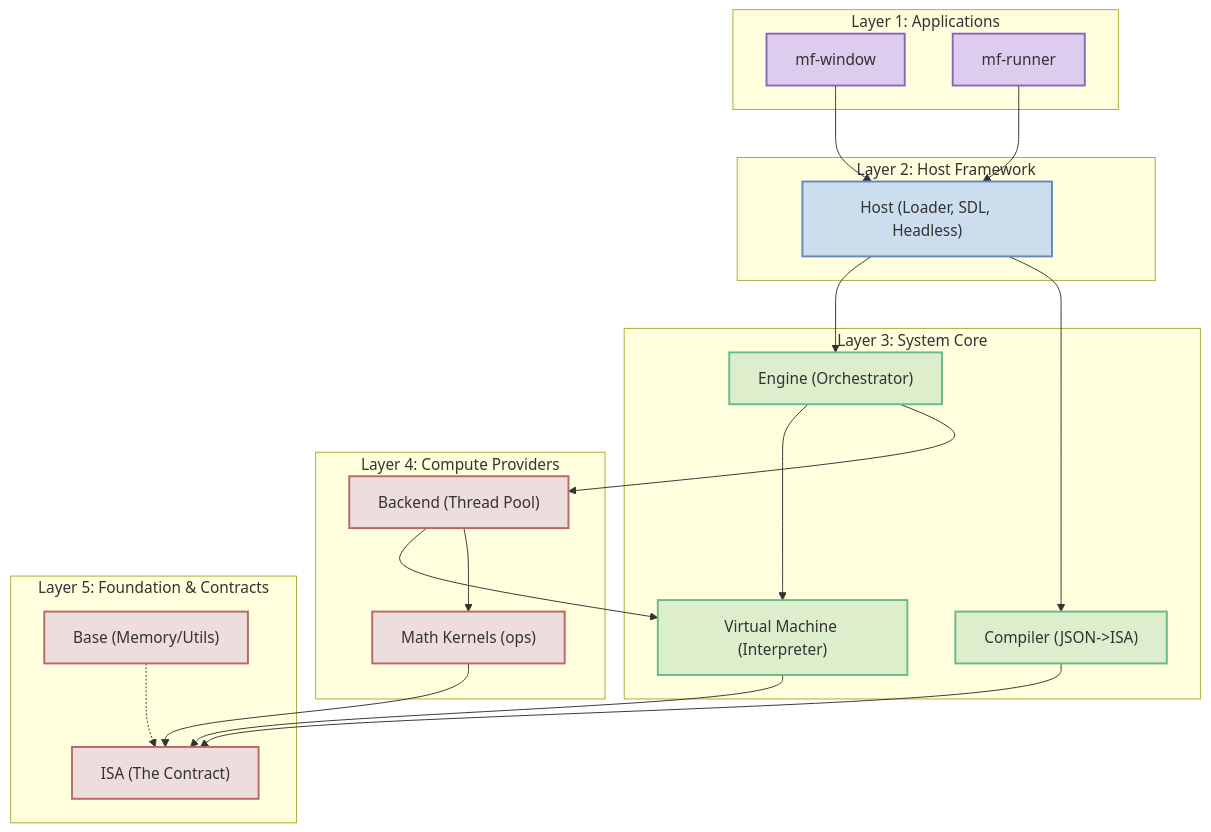
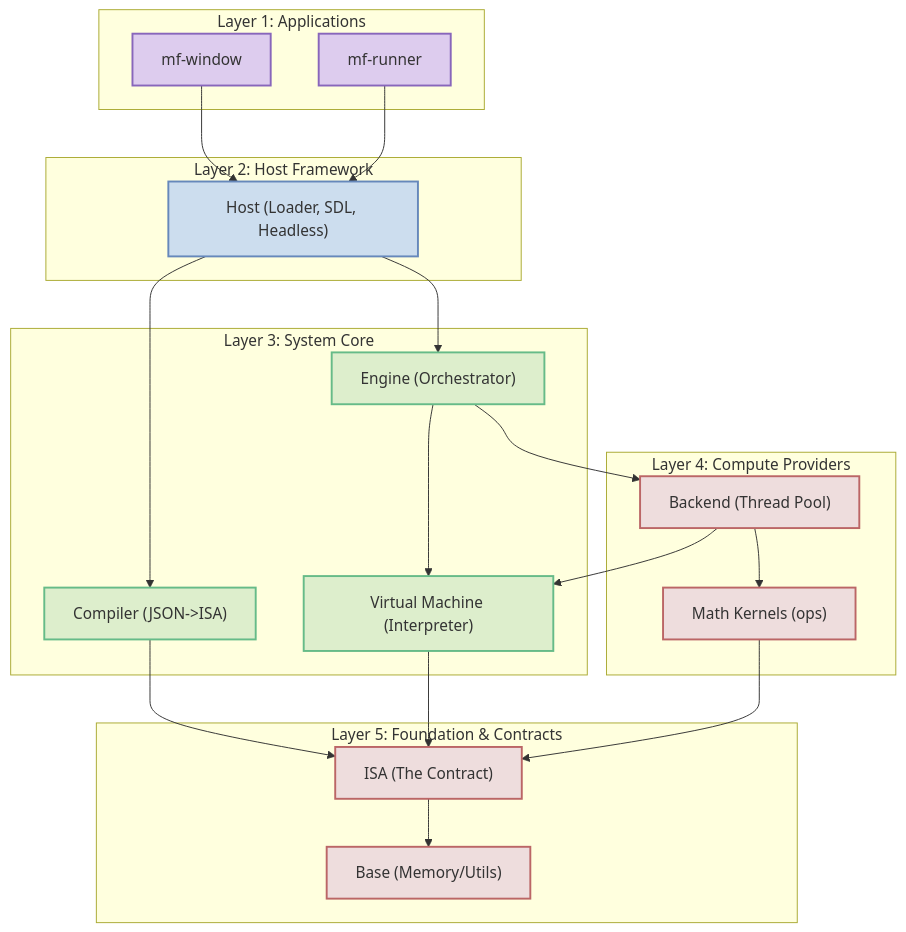
One commit to BinaryCat17/MathFlow changed the second of 2 diagrams in docs/architecture.md. Above: the diagram before and after it, drawn with Mermaid.

Commit message:
Docs: Fix dependency direction (ISA -> Base) in architecture diagram.

````diff
--- a/docs/architecture.md
+++ b/docs/architecture.md
@@ -96,58 +96,58 @@
 ```mermaid
 graph TD
     %% Styles
     classDef layerApp fill:#dce,stroke:#86b,stroke-width:2px;
     classDef layerHost fill:#cde,stroke:#68b,stroke-width:2px;
     classDef layerCore fill:#dec,stroke:#6b8,stroke-width:2px;
     classDef layerBase fill:#edd,stroke:#b66,stroke-width:2px;
 
     %% Layer 1: Apps (Executables)
     subgraph L1 ["Layer 1: Applications"]
         App_GUI["mf-window"]:::layerApp
         App_CLI["mf-runner"]:::layerApp
     end
 
     %% Layer 2: Host (Integration Library)
     subgraph L2 ["Layer 2: Host Framework"]
         Host["Host (Loader, SDL, Headless)"]:::layerHost
     end
 
     %% Layer 3: Core (Logic)
     subgraph L3 ["Layer 3: System Core"]
         Engine["Engine (Orchestrator)"]:::layerCore
         Compiler["Compiler (JSON->ISA)"]:::layerCore
         VM["Virtual Machine (Interpreter)"]:::layerCore
     end
 
     %% Layer 4: Compute (Execution)
     subgraph L4 ["Layer 4: Compute Providers"]
         Backend["Backend (Thread Pool)"]:::layerBase
         Ops["Math Kernels (ops)"]:::layerBase
     end
 
     %% Layer 5: Contracts
     subgraph L5 ["Layer 5: Foundation & Contracts"]
         ISA["ISA (The Contract)"]:::layerBase
         Base["Base (Memory/Utils)"]:::layerBase
     end
 
     %% Dependencies (Build Time)
     App_GUI --> Host
     App_CLI --> Host
     
     Host --> Engine
     Host --> Compiler
     
     Engine --> VM
     Engine --> Backend
     
     Backend --> VM
     Backend --> Ops
     
     Compiler --> ISA
     VM --> ISA
     Ops --> ISA
     
     %% Base is implicit foundation
-    Base -.-> ISA
+    ISA --> Base
 ```
````
